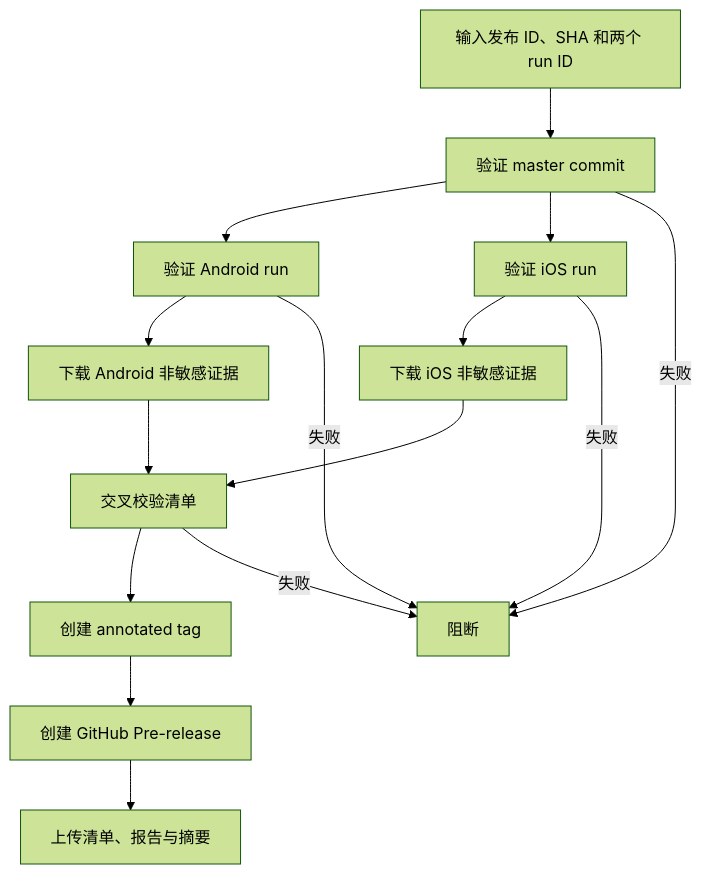
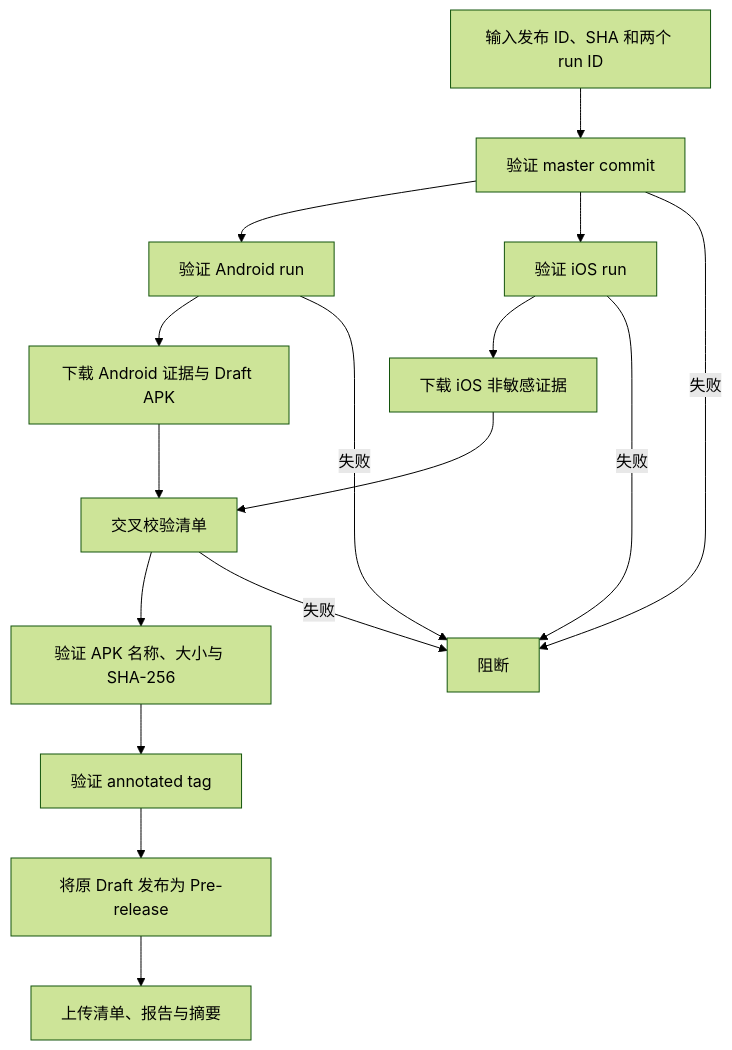
The diagram in spec/spec-process-cicd-release-finalize.md (zhangheng2022/meet_trace), drawn with Mermaid (forest theme) before and after one commit. The commit also changed other lines of this file and 28 other files, not shown here.

````diff
--- a/spec/spec-process-cicd-release-finalize.md
+++ b/spec/spec-process-cicd-release-finalize.md
@@ -18,17 +18,18 @@
 ```mermaid
 graph TD
     A[输入发布 ID、SHA 和两个 run ID] --> B[验证 master commit]
     B --> C[验证 Android run]
     B --> D[验证 iOS run]
-    C --> E[下载 Android 非敏感证据]
+    C --> E[下载 Android 证据与 Draft APK]
     D --> F[下载 iOS 非敏感证据]
     E --> G[交叉校验清单]
     F --> G
-    G --> H[创建 annotated tag]
-    H --> I[创建 GitHub Pre-release]
-    I --> J[上传清单、报告与摘要]
+    G --> H[验证 APK 名称、大小与 SHA-256]
+    H --> I[验证 annotated tag]
+    I --> J[将原 Draft 发布为 Pre-release]
+    J --> L[上传清单、报告与摘要]
     B -->|失败| K[阻断]
     C -->|失败| K
     D -->|失败| K
     G -->|失败| K
 ```
````
